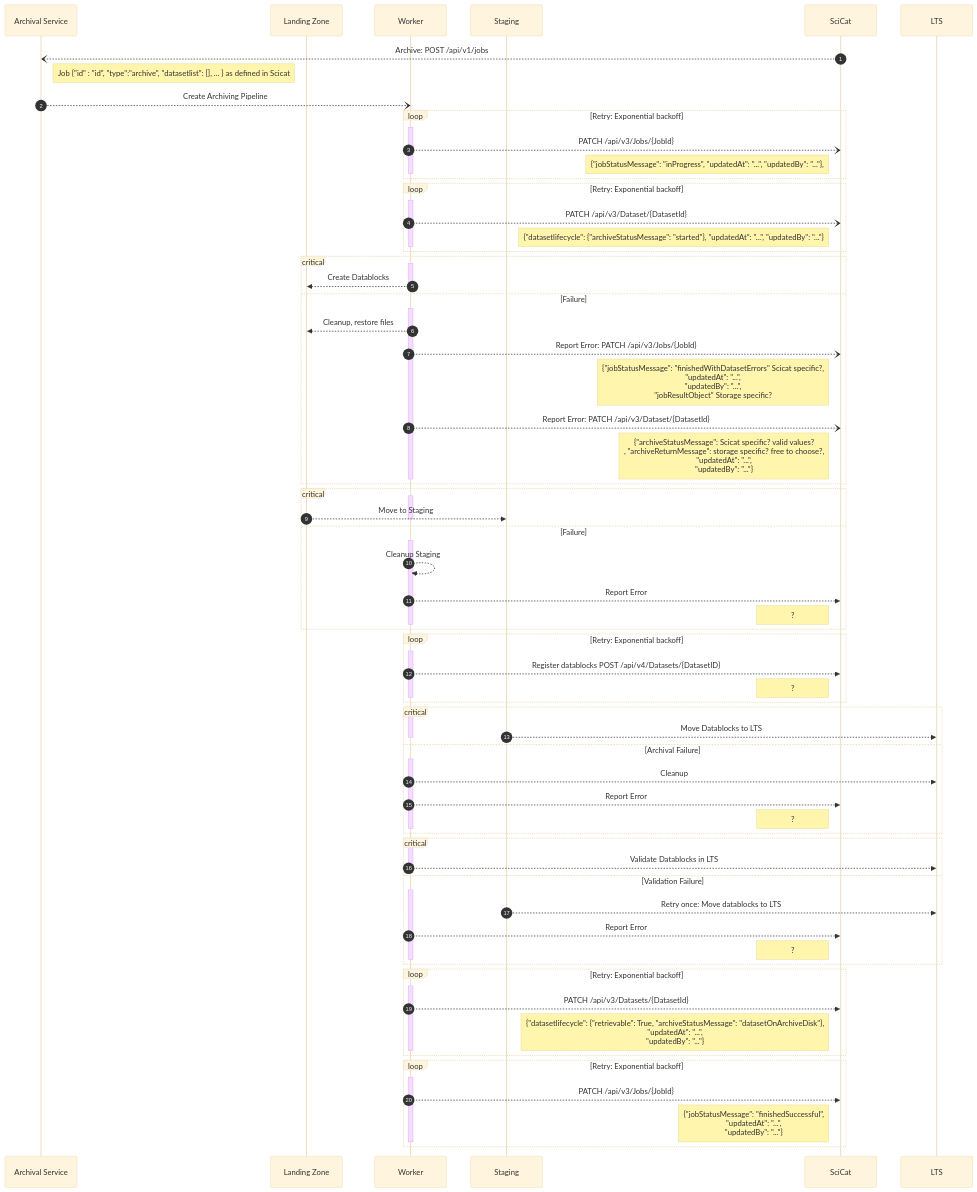
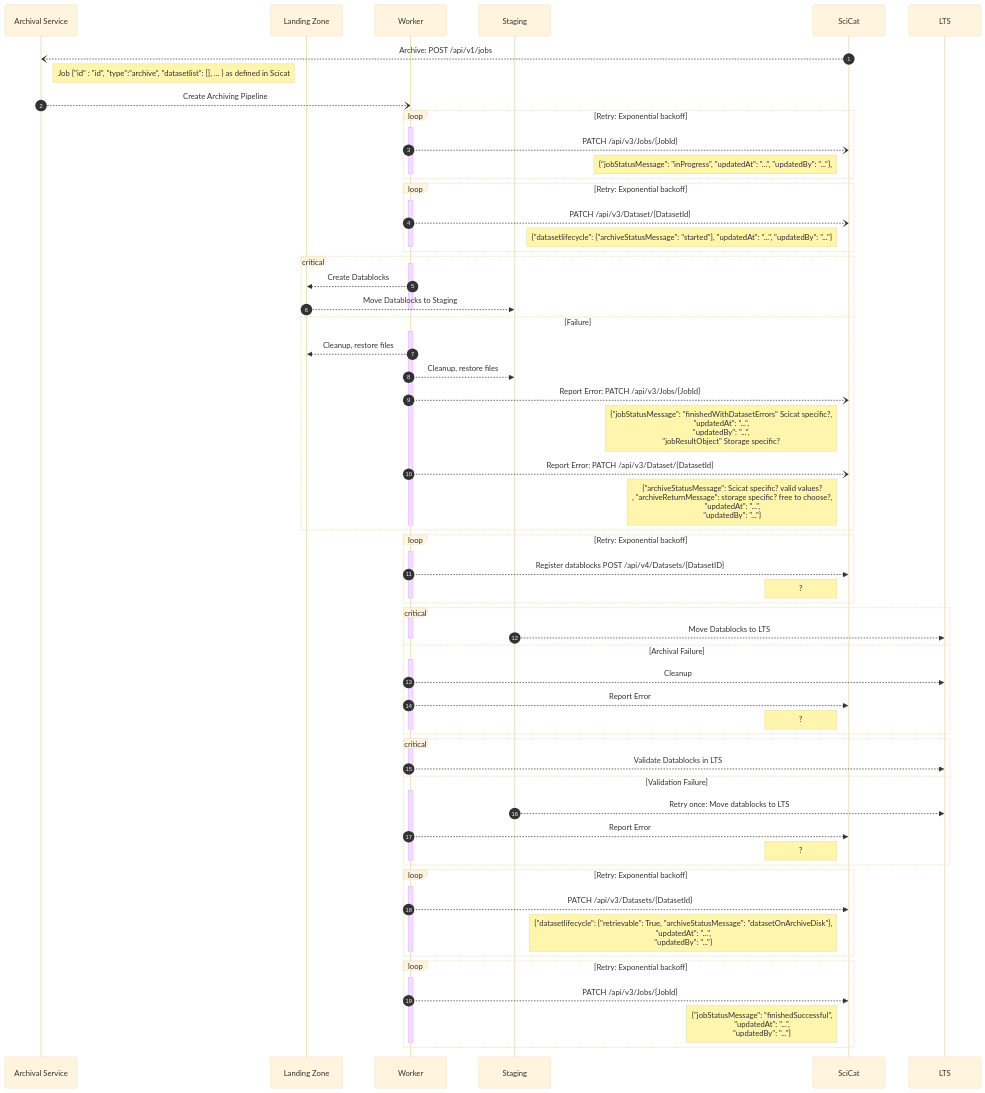
The first of 2 diagrams in backend/archiver/readMe.md (SwissOpenEM/ScopeMArchiver), drawn with Mermaid (base theme) before and after one commit. The commit also changed 16 other files, not shown here.

Commit message:
Finish archive flow, add datablocks tests, pathlib, typehints

```diff
--- a/backend/archiver/readMe.md
+++ b/backend/archiver/readMe.md
@@ -30,26 +30,17 @@
   end
   critical 
     activate J
-      J -->> L:  Create Datablocks
+      J -->> L: Create Datablocks
+      L -->> A: Move Datablocks to Staging
     deactivate J
   option Failure
     activate J
       J -->> L: Cleanup, restore files
+      J -->> A: Cleanup, restore files
       J --) S: Report Error: PATCH /api/v3/Jobs/{JobId}
       Note left of S: {"jobStatusMessage": "finishedWithDatasetErrors" Scicat specific?,<br>  "updatedAt": "...",<br>  "updatedBy": "...", <br> "jobResultObject" Storage specific?
       J --) S: Report Error: PATCH /api/v3/Dataset/{DatasetId}
       Note left of S: {"archiveStatusMessage": Scicat specific? valid values?<br>, "archiveReturnMessage": storage specific? free to choose?, <br> "updatedAt": "...", <br> "updatedBy": "..."}
-    deactivate J
-  end
-  critical
-    activate J
-    L -->> A: Move to Staging
-    deactivate J
-  option Failure
-    activate J
-    J -->> J: Cleanup Staging
-    J -->> S: Report Error
-    Note left of S: ?
     deactivate J
   end
   loop Retry: Exponential backoff
```
